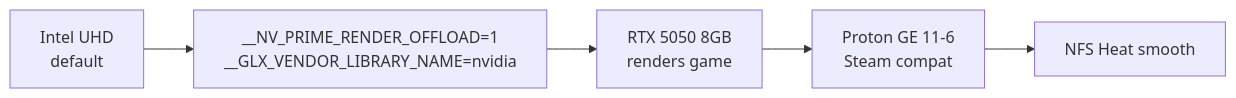
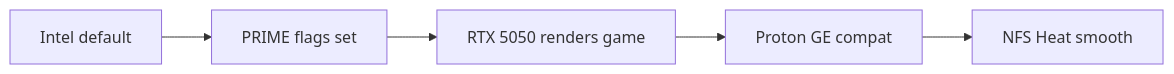
One commit to 444Nazky/My-Vault changed the ninth of 11 diagrams in System/Fixes/Visual-Guides.md. Above: the diagram before and after it, drawn with Mermaid. The commit also changed other lines of this file and 8 other files, not shown here.

````diff
--- a/System/Fixes/Visual-Guides.md
+++ b/System/Fixes/Visual-Guides.md
@@ -218,7 +218,7 @@
 ```mermaid
 flowchart LR
-    INTEL[Intel UHD<br/>default] --> FLAGS["__NV_PRIME_RENDER_OFFLOAD=1<br/>__GLX_VENDOR_LIBRARY_NAME=nvidia"]
-    FLAGS --> NVIDIA[RTX 5050 8GB<br/>renders game]
-    NVIDIA --> PROTON[Proton GE 11-6<br/>Steam compat]
-    PROTON --> NFS[NFS Heat smooth]
+    INTEL["Intel default"] --> FLAGS["PRIME flags set"]
+    FLAGS --> NVIDIA["RTX 5050 renders game"]
+    NVIDIA --> PROTON["Proton GE compat"]
+    PROTON --> NFS["NFS Heat smooth"]
 ```
````
